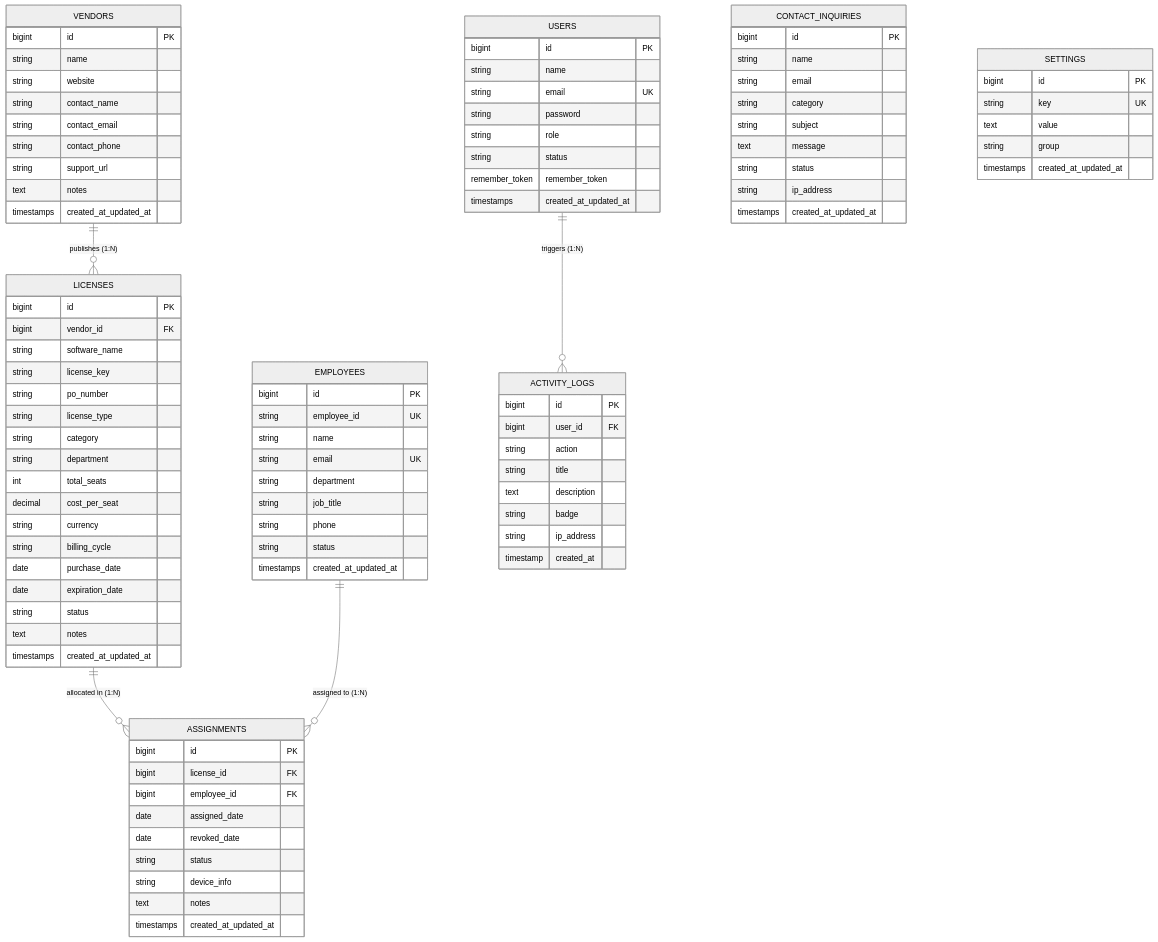
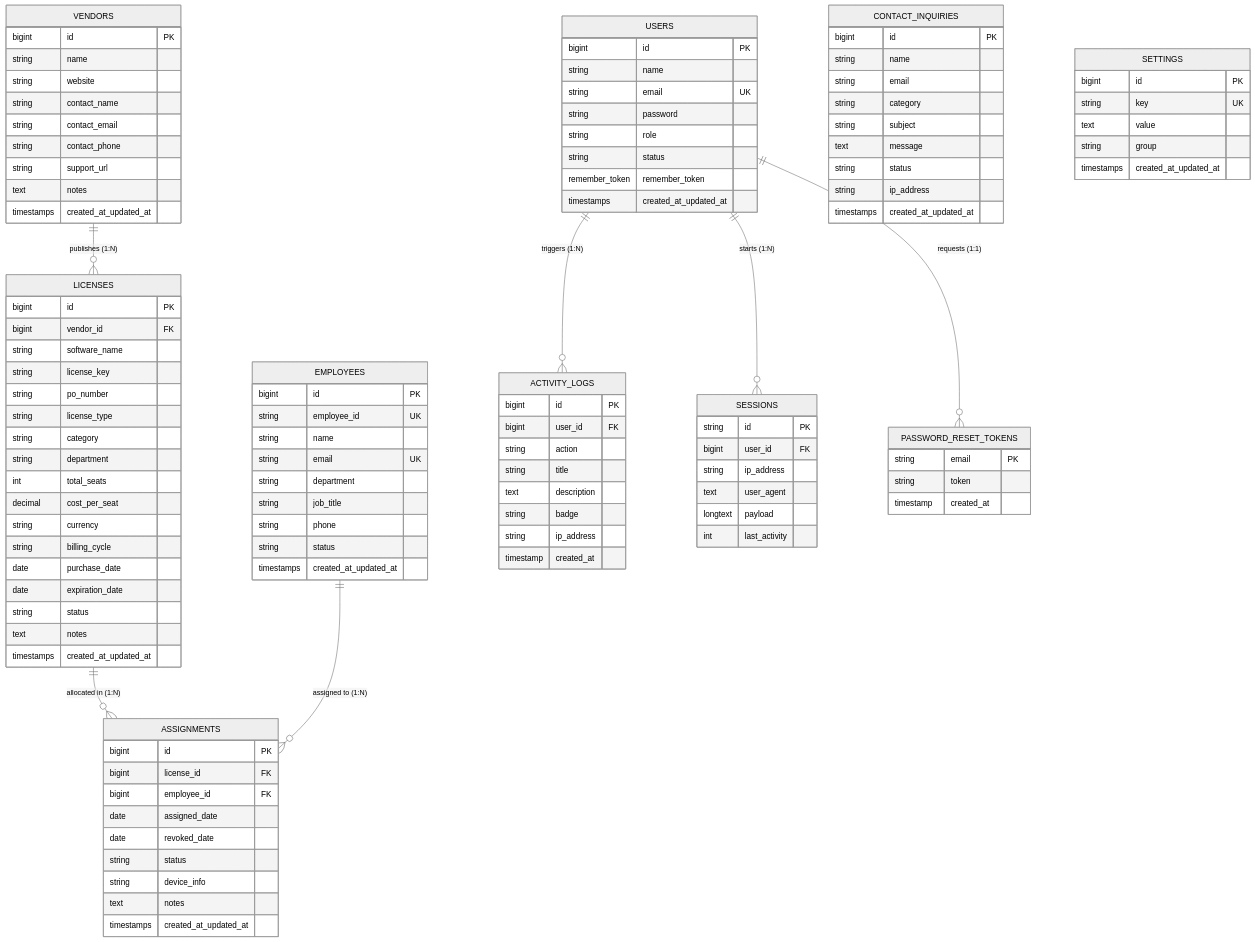
One commit to brijeshakbari-126302/Online_Licences_management_ changed the diagram in MILESTONE_1_REPORT.md. Above: the diagram before and after it, drawn with Mermaid (neutral theme). The commit also changed other lines of this file, not shown here.

Commit message:
docs: add authentication, registration, forgot-password tables and form specifications to Milestone 1 report

````diff
--- a/MILESTONE_1_REPORT.md
+++ b/MILESTONE_1_REPORT.md
@@ -82,6 +82,8 @@
     LICENSES ||--o{ ASSIGNMENTS : "allocated in (1:N)"
     EMPLOYEES ||--o{ ASSIGNMENTS : "assigned to (1:N)"
     USERS ||--o{ ACTIVITY_LOGS : "triggers (1:N)"
+    USERS ||--o{ SESSIONS : "starts (1:N)"
+    USERS ||--o{ PASSWORD_RESET_TOKENS : "requests (1:1)"
 
     VENDORS {
         bigint id PK
@@ -180,4 +182,19 @@
         string ip_address
         timestamp created_at
     }
+
+    PASSWORD_RESET_TOKENS {
+        string email PK
+        string token
+        timestamp created_at
+    }
+
+    SESSIONS {
+        string id PK
+        bigint user_id FK
+        string ip_address
+        text user_agent
+        longtext payload
+        int last_activity
+    }
 ```
````
